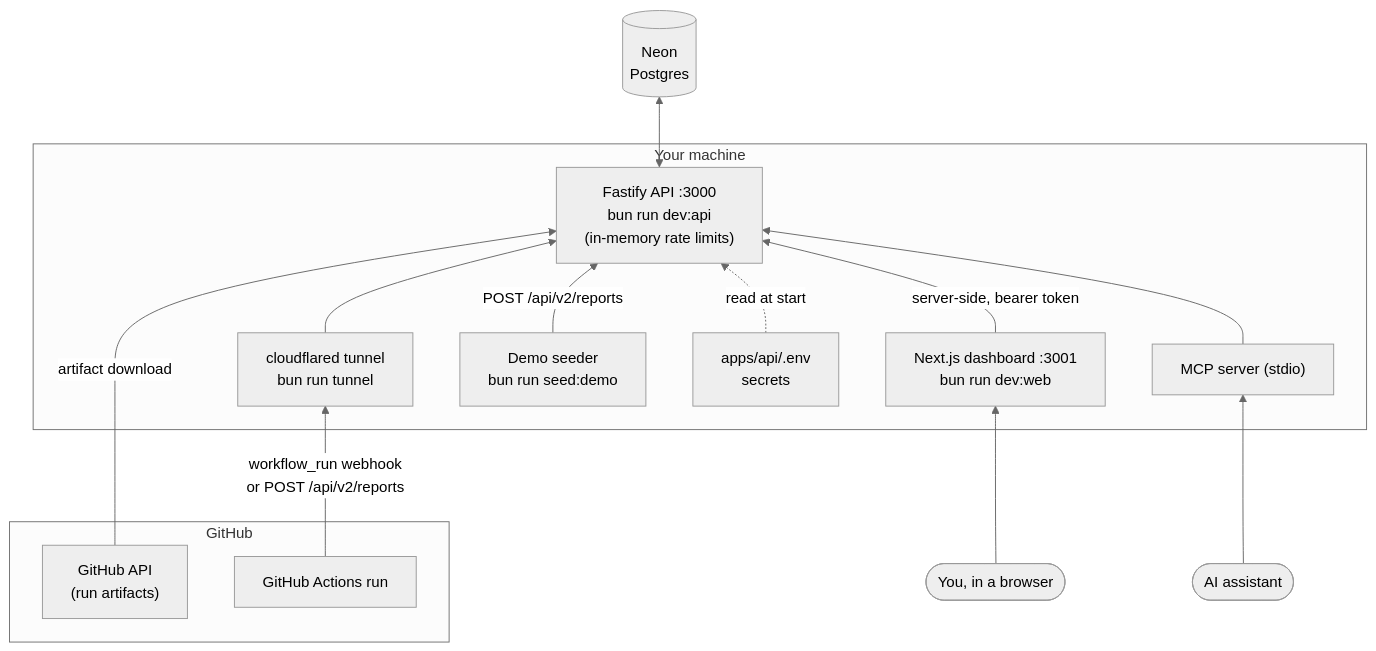
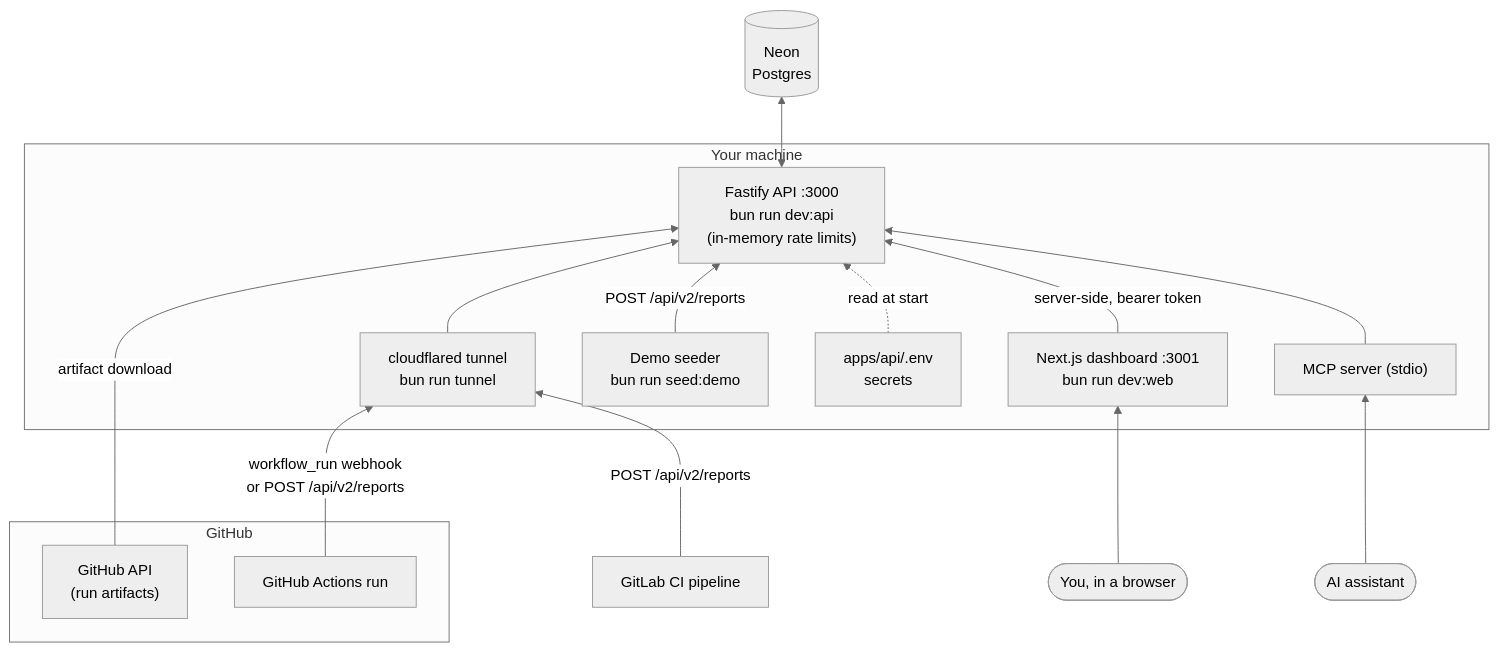
One commit to glennmcd/flakehunter changed the second of 2 diagrams in README.md. Above: the diagram before and after it, drawn with Mermaid (neutral theme). The commit also changed other lines of this file and 2 other files, not shown here.

Commit message:
fix(api): enhance JUnit parser to decode character references and imp… (#31)

````diff
--- a/README.md
+++ b/README.md
@@ -61,31 +64,33 @@
 ```mermaid
 flowchart BT
   subgraph Machine["Your machine"]
     T["cloudflared tunnel<br/>bun run tunnel"]
     API["Fastify API :3000<br/>bun run dev:api<br/>(in-memory rate limits)"]
     ENV["apps/api/.env<br/>secrets"]
     WEB["Next.js dashboard :3001<br/>bun run dev:web"]
     SEED["Demo seeder<br/>bun run seed:demo"]
     MCP["MCP server (stdio)"]
   end
 
   subgraph GitHub
     GA["GitHub Actions run"]
     GHAPI["GitHub API<br/>(run artifacts)"]
   end
 
+  GL["GitLab CI pipeline"]
   DB[("Neon<br/>Postgres")]
   U(["You, in a browser"])
   AI(["AI assistant"])
 
   GA -- "workflow_run webhook<br/>or POST /api/v2/reports" --> T
+  GL -- "POST /api/v2/reports" --> T
   GHAPI -- "artifact download" --> API
   T --> API
   SEED -- "POST /api/v2/reports" --> API
   ENV -. "read at start" .-> API
   API <--> DB
   U --> WEB
   WEB -- "server-side, bearer token" --> API
   AI --> MCP
   MCP --> API
 ```
````
